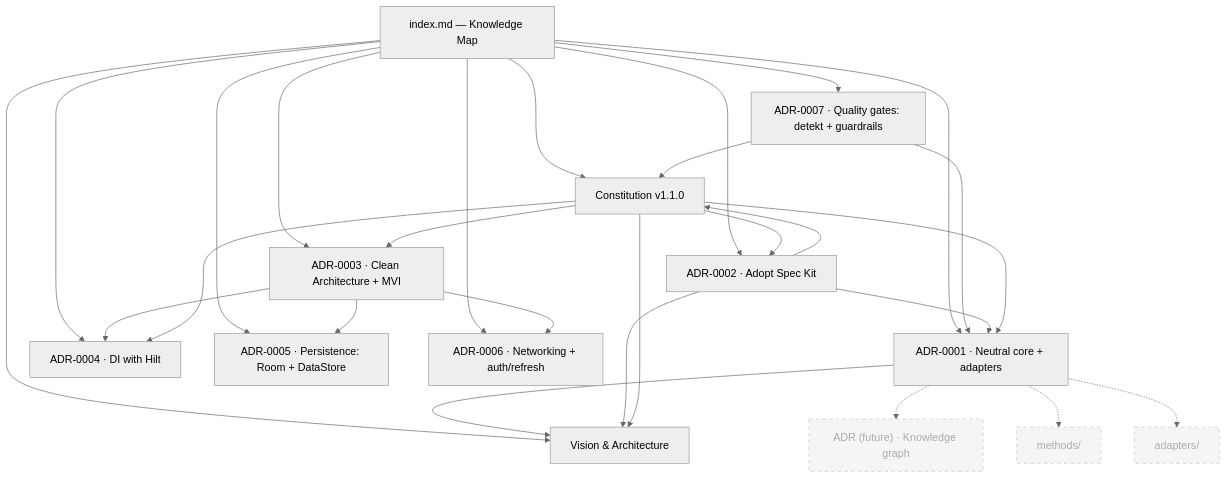
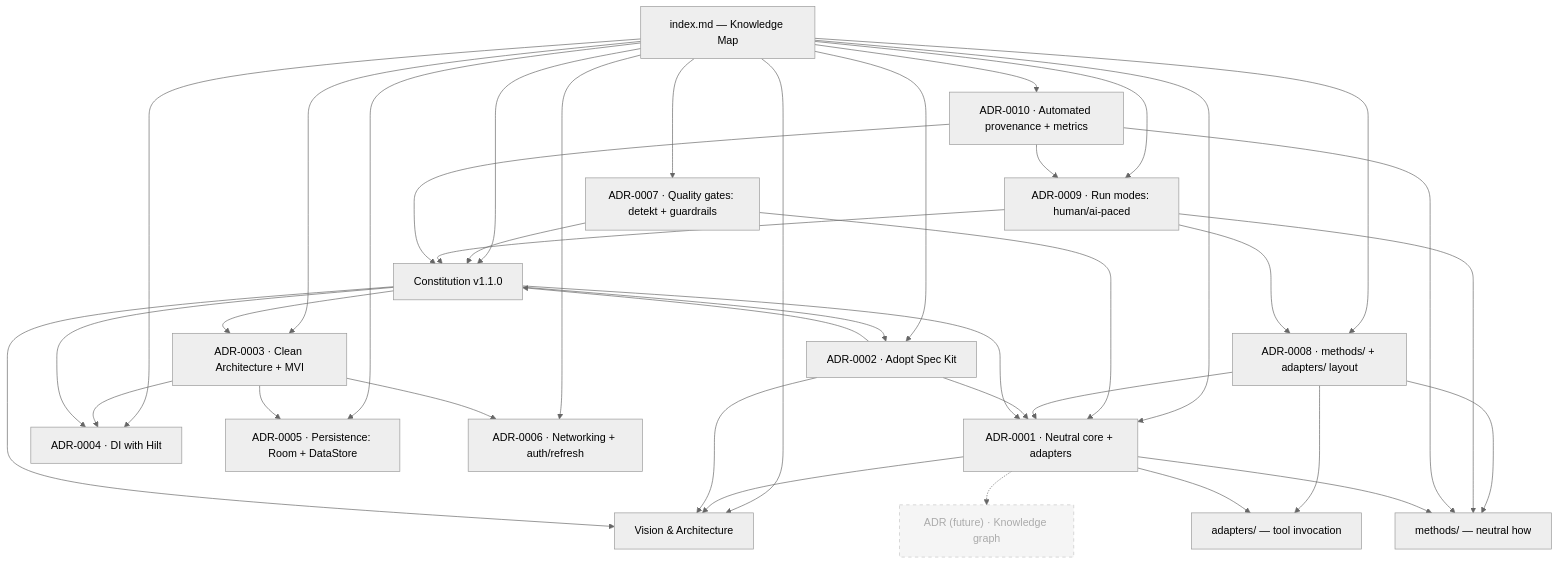
The diagram in index.md (rodrigosimoesrosa/ai-native-android-development-system), drawn with Mermaid (neutral theme) before and after one commit. The commit also changed other lines of this file and 25 other files, not shown here.

````diff
--- a/index.md
+++ b/index.md
@@ -13,45 +13,60 @@
 ```mermaid
 graph TD
     IDX["index.md — Knowledge Map"]
     VIS["Vision & Architecture"]
     CON["Constitution v1.1.0"]
     A1["ADR-0001 · Neutral core + adapters"]
     A2["ADR-0002 · Adopt Spec Kit"]
     A3["ADR-0003 · Clean Architecture + MVI"]
     A4["ADR-0004 · DI with Hilt"]
     A5["ADR-0005 · Persistence: Room + DataStore"]
     A6["ADR-0006 · Networking + auth/refresh"]
     A7["ADR-0007 · Quality gates: detekt + guardrails"]
+    A8["ADR-0008 · methods/ + adapters/ layout"]
+    A9["ADR-0009 · Run modes: human/ai-paced"]
+    A10["ADR-0010 · Automated provenance + metrics"]
     KG["ADR (future) · Knowledge graph"]:::todo
-    MET["methods/"]:::todo
-    ADP["adapters/"]:::todo
+    MET["methods/ — neutral how"]
+    ADP["adapters/ — tool invocation"]
 
     IDX --> VIS
     IDX --> CON
     IDX --> A1
     IDX --> A2
     IDX --> A3
     IDX --> A4
     IDX --> A5
     IDX --> A6
     IDX --> A7
+    IDX --> A8
     A7 --> A1
     A7 --> CON
+    A8 --> A1
+    A8 --> MET
+    A8 --> ADP
+    IDX --> A9
+    A9 --> A8
+    A9 --> CON
+    A9 --> MET
+    IDX --> A10
+    A10 --> CON
+    A10 --> MET
+    A10 --> A9
     A1 --> VIS
     A2 --> A1
     A2 --> VIS
     A2 --> CON
     A3 --> A4
     A3 --> A5
     A3 --> A6
     CON --> VIS
     CON --> A1
     CON --> A2
     CON --> A3
     CON --> A4
+    A1 --> MET
+    A1 --> ADP
     A1 -.-> KG
-    A1 -.-> MET
-    A1 -.-> ADP
 
     classDef todo stroke-dasharray: 5 5,opacity:0.55;
 ```
````
